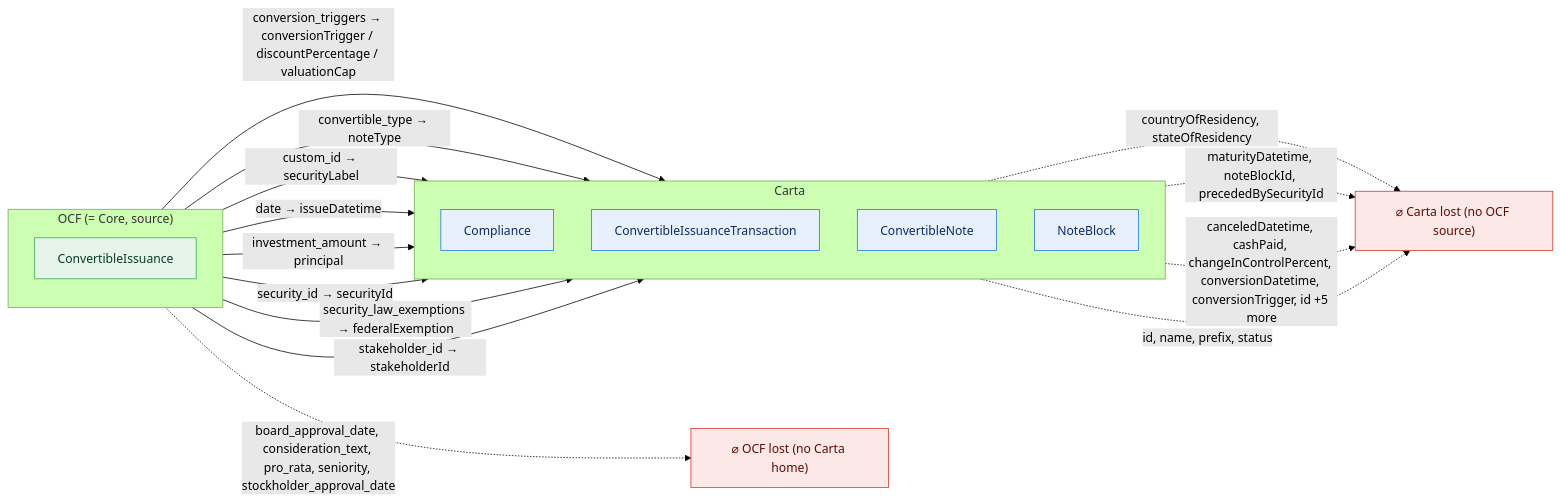
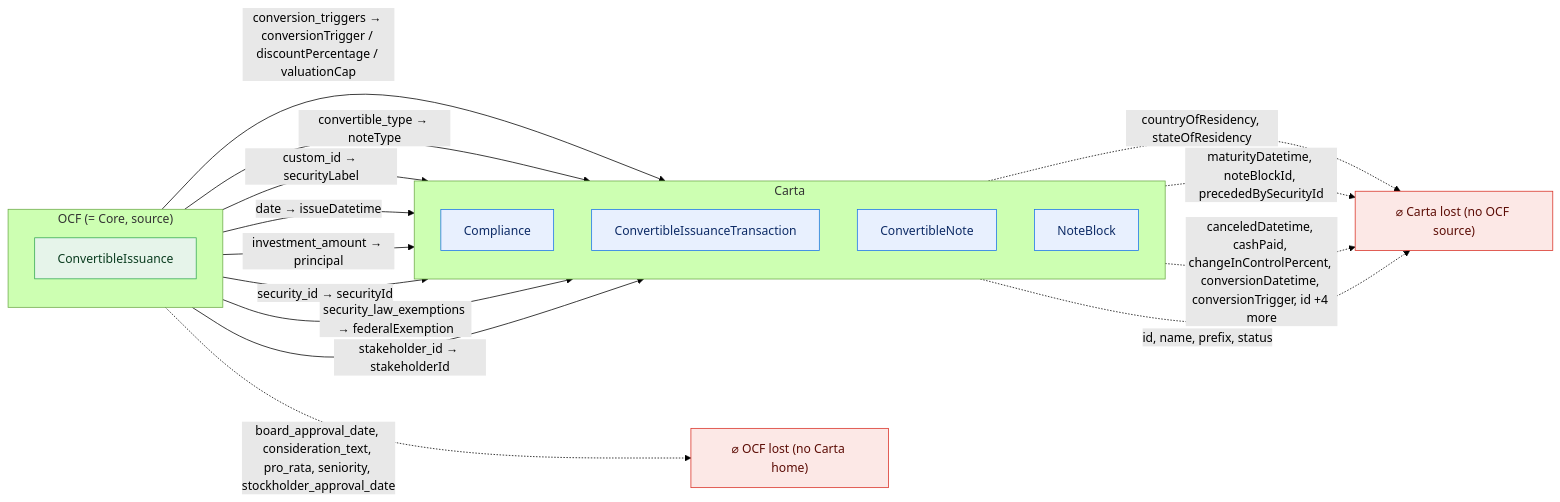
The eighth of 47 diagrams in docs/core-bidirectional-flow.md (Open-Cap-Table-Coalition/OCF-Composed-Schemas), drawn with Mermaid (forest theme) before and after one commit. The commit also changed other lines of this file and 18 other files, not shown here.

````diff
--- a/docs/core-bidirectional-flow.md
+++ b/docs/core-bidirectional-flow.md
@@ -382,33 +384,33 @@
 ```mermaid
 flowchart LR
   classDef adm fill:#e6f4ea,stroke:#34a853,color:#0b3d20;
   classDef notadm fill:#f1f3f4,stroke:#9aa0a6,color:#5f6368,stroke-dasharray:4 3;
   classDef carta fill:#e8f0fe,stroke:#1a73e8,color:#0d2b66;
   classDef lost fill:#fce8e6,stroke:#d93025,color:#5c0d06;
   subgraph SRC["OCF (= Core, source)"]
     direction TB
     o0["ConvertibleIssuance"]:::adm
   end
   subgraph TGT["Carta"]
     direction TB
     t0["Compliance"]:::carta
     t1["ConvertibleIssuanceTransaction"]:::carta
     t2["ConvertibleNote"]:::carta
     t3["NoteBlock"]:::carta
   end
   ocflost["⌀ OCF lost (no Carta home)"]:::lost
   cartalost["⌀ Carta lost (no OCF source)"]:::lost
   o0 -->|"conversion_triggers → conversionTrigger / discountPercentage / valuationCap"| t1
   o0 -->|"convertible_type → noteType"| t3
   o0 -->|"custom_id → securityLabel"| t2
   o0 -->|"date → issueDatetime"| t1
   o0 -->|"investment_amount → principal"| t1
   o0 -->|"security_id → securityId"| t2
   o0 -->|"security_law_exemptions → federalExemption"| t0
   o0 -->|"stakeholder_id → stakeholderId"| t2
   o0 -.->|"board_approval_date, consideration_text, pro_rata, seniority, stockholder_approval_date"| ocflost
   t0 -.->|"countryOfResidency, stateOfResidency"| cartalost
   t1 -.->|"maturityDatetime, noteBlockId, precededBySecurityId"| cartalost
-  t2 -.->|"canceledDatetime, cashPaid, changeInControlPercent, conversionDatetime, conversionTrigger, id +5 more"| cartalost
+  t2 -.->|"canceledDatetime, cashPaid, changeInControlPercent, conversionDatetime, conversionTrigger, id +4 more"| cartalost
   t3 -.->|"id, name, prefix, status"| cartalost
 ```
````
